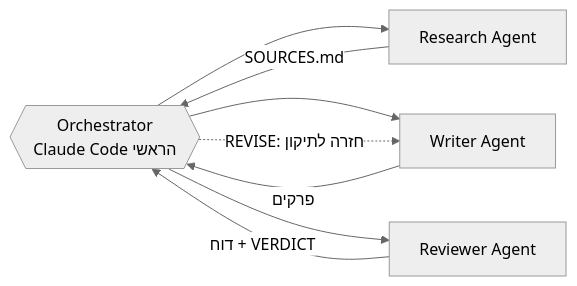
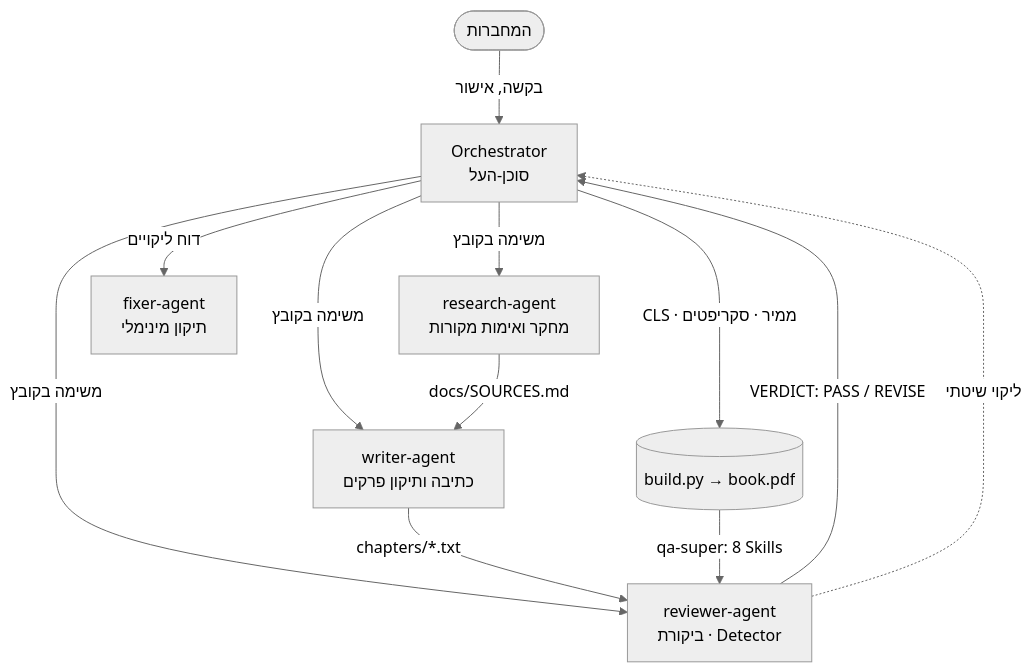
Before and after one commit to greenlivnat/HW2: the first of 2 diagrams in README.md, drawn with Mermaid (neutral theme). The commit also changed other lines of this file and 64 other files, not shown here.

````diff
--- a/README.md
+++ b/README.md
@@ -12,10 +38,14 @@
 ```mermaid
-flowchart LR
-    O{{"Orchestrator<br/>Claude Code הראשי"}} --> R[Research Agent]
-    O --> W[Writer Agent]
-    O --> V[Reviewer Agent]
-    R -- SOURCES.md --> O
-    W -- פרקים --> O
-    V -- "דוח + VERDICT" --> O
-    O -. "REVISE: חזרה לתיקון" .-> W
+flowchart TB
+    U([המחברות]) -->|בקשה, אישור| O[Orchestrator<br/>סוכן-העל]
+    O -->|משימה בקובץ| R[research-agent<br/>מחקר ואימות מקורות]
+    O -->|משימה בקובץ| W[writer-agent<br/>כתיבה ותיקון פרקים]
+    O -->|משימה בקובץ| V[reviewer-agent<br/>ביקורת · Detector]
+    O -->|דוח ליקויים| F[fixer-agent<br/>תיקון מינימלי]
+    R -->|docs/SOURCES.md| W
+    W -->|chapters/*.txt| V
+    V -->|VERDICT: PASS / REVISE| O
+    V -.->|ליקוי שיטתי| O
+    O -->|CLS · ממיר · סקריפטים| B[(build.py → book.pdf)]
+    B -->|qa-super: 8 Skills| V
 ```
````
